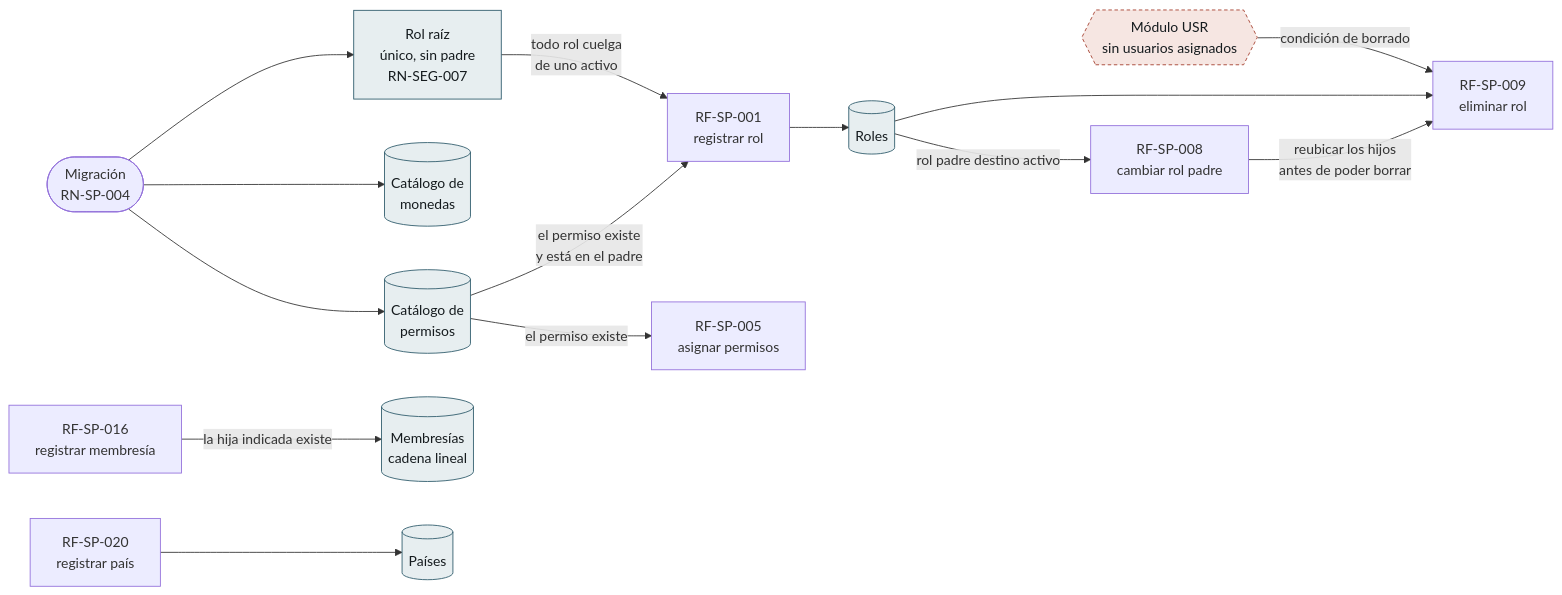
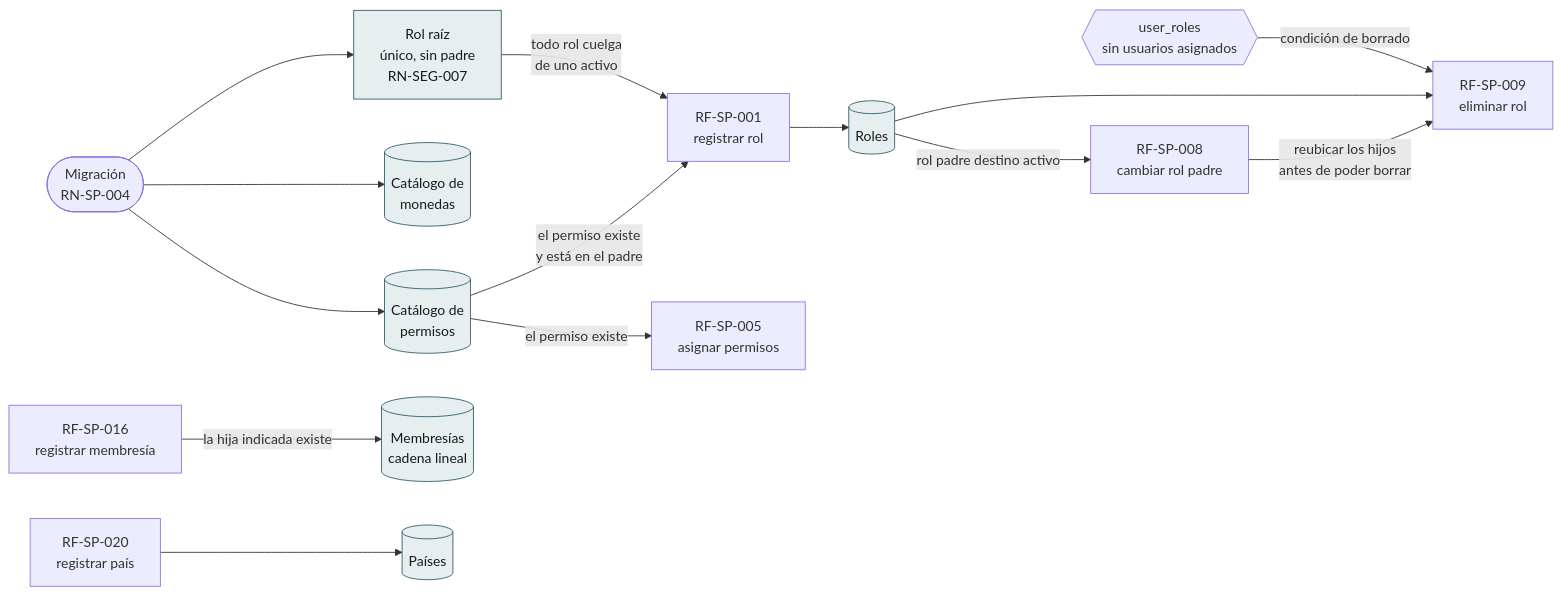
One commit to NexusPro-Dev/backend changed the second of 5 diagrams in docs/requirements/sp-flujos.md. Above: the diagram before and after it, drawn with Mermaid. The commit also changed 77 other files, not shown here.

````diff
--- a/docs/requirements/sp-flujos.md
+++ b/docs/requirements/sp-flujos.md
@@ -60,42 +60,41 @@
 ```mermaid
 flowchart LR
     MIG(["Migración<br/>RN-SP-004"])
 
     PERM[("Catálogo de<br/>permisos")]
     MON[("Catálogo de<br/>monedas")]
     RAIZ["Rol raíz<br/>único, sin padre<br/>RN-SEG-007"]
 
     MIG --> PERM
     MIG --> MON
     MIG --> RAIZ
 
     F001["RF-SP-001<br/>registrar rol"]
     F005["RF-SP-005<br/>asignar permisos"]
     F008["RF-SP-008<br/>cambiar rol padre"]
     F009["RF-SP-009<br/>eliminar rol"]
     F016["RF-SP-016<br/>registrar membresía"]
     F020["RF-SP-020<br/>registrar país"]
 
     ROL[("Roles")]
     MEM[("Membresías<br/>cadena lineal")]
     PAIS[("Países")]
 
     PERM -->|"el permiso existe<br/>y está en el padre"| F001
     PERM -->|"el permiso existe"| F005
     RAIZ -->|"todo rol cuelga<br/>de uno activo"| F001
 
     F001 --> ROL
     ROL -->|"rol padre destino activo"| F008
     F008 -->|"reubicar los hijos<br/>antes de poder borrar"| F009
     ROL --> F009
 
     F016 -->|"la hija indicada existe"| MEM
     F020 --> PAIS
 
-    USR{{"Módulo USR<br/>sin usuarios asignados"}} -->|"condición de borrado"| F009
+    UR{{"user_roles<br/>sin usuarios asignados"}} -->|"condición de borrado"| F009
 
     classDef cat fill:#e7eef0,stroke:#2d5a6b,stroke-width:1px,color:#151b1e
     classDef ext fill:#f6e6e2,stroke:#a33b2a,stroke-dasharray:4 3,color:#151b1e
     class PERM,MON,RAIZ,ROL,MEM,PAIS cat
-    class USR ext
 ```
````
